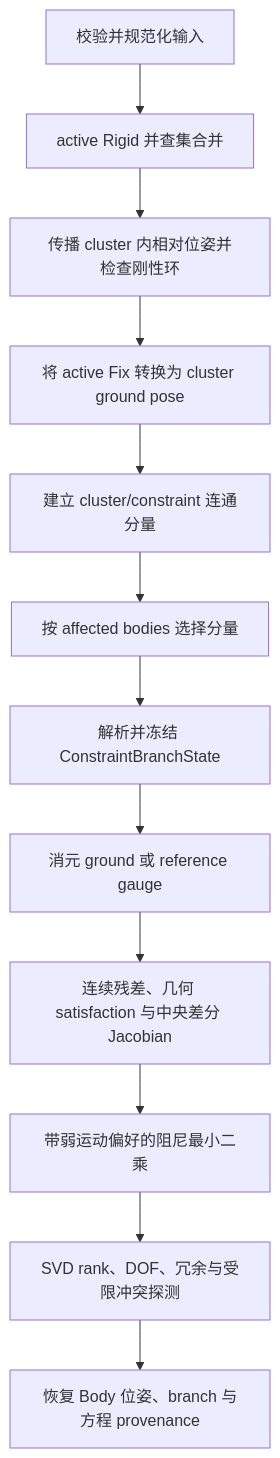
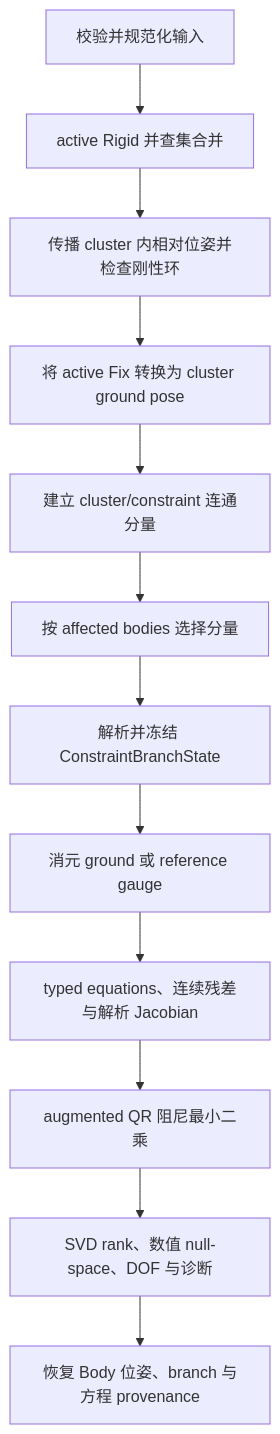
Before and after one commit to cossoledad/occccad: the diagram in kernel/assembly/SOLVER_ALGORITHMS.md, drawn with Mermaid. The commit also changed other lines of this file and 17 other files, not shown here.

````diff
--- a/kernel/assembly/SOLVER_ALGORITHMS.md
+++ b/kernel/assembly/SOLVER_ALGORITHMS.md
@@ -47,14 +47,14 @@
 ```mermaid
 flowchart TD
     A[校验并规范化输入] --> B[active Rigid 并查集合并]
     B --> C[传播 cluster 内相对位姿并检查刚性环]
     C --> D[将 active Fix 转换为 cluster ground pose]
     D --> E[建立 cluster/constraint 连通分量]
     E --> F[按 affected bodies 选择分量]
     F --> G[解析并冻结 ConstraintBranchState]
     G --> H[消元 ground 或 reference gauge]
-    H --> I[连续残差、几何 satisfaction 与中央差分 Jacobian]
-    I --> J[带弱运动偏好的阻尼最小二乘]
-    J --> K[SVD rank、DOF、冗余与受限冲突探测]
+    H --> I[typed equations、连续残差与解析 Jacobian]
+    I --> J[augmented QR 阻尼最小二乘]
+    J --> K[SVD rank、数值 null-space、DOF 与诊断]
     K --> L[恢复 Body 位姿、branch 与方程 provenance]
 ```
````
